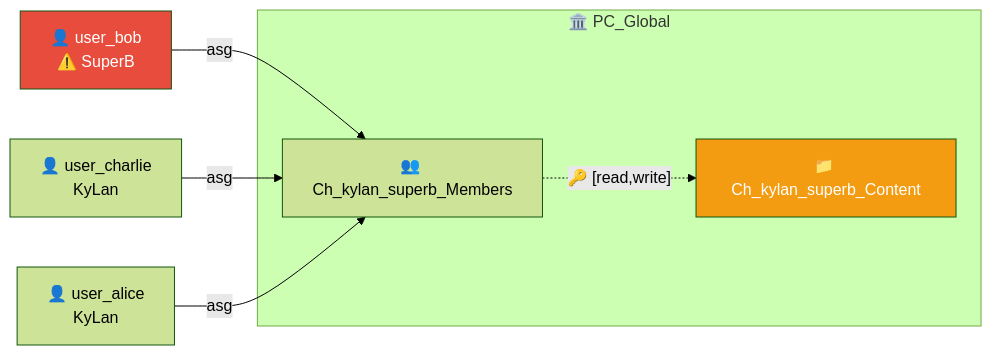
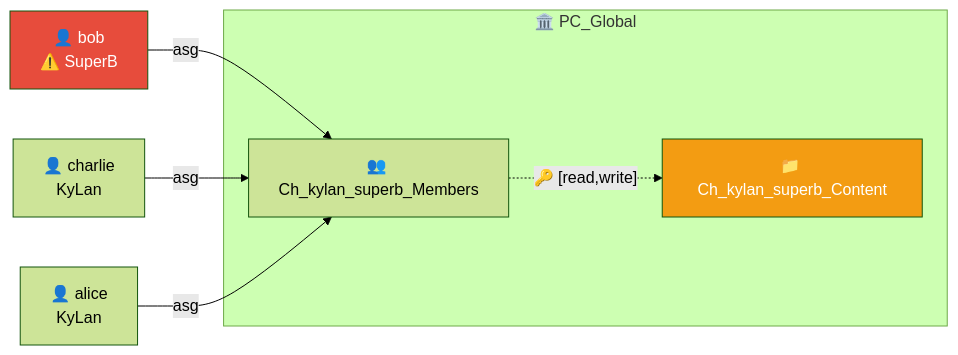
The fourth of 10 diagrams in raw/ngac/ngac_in_real_project/ngac-practical-guide.md (minhquan2904/llm-wiki), drawn with Mermaid (forest theme) before and after one commit. The commit also changed other lines of this file and 23 other files, not shown here.

````diff
--- a/raw/ngac/ngac_in_real_project/ngac-practical-guide.md
+++ b/raw/ngac/ngac_in_real_project/ngac-practical-guide.md
@@ -570,15 +570,15 @@
 ```mermaid
 graph LR
     subgraph pcg["🏛️ PC_Global"]
         CH_C["📁 Ch_kylan_superb_Content"]
         CH_M["👥 Ch_kylan_superb_Members"]
     end
 
-    user_bob["👤 user_bob\n⚠️ SuperB"] -->|asg| CH_M
-    user_charlie["👤 user_charlie\nKyLan"] -->|asg| CH_M
-    user_alice["👤 user_alice\nKyLan"] -->|asg| CH_M
+    bob["👤 bob\n⚠️ SuperB"] -->|asg| CH_M
+    charlie["👤 charlie\nKyLan"] -->|asg| CH_M
+    alice["👤 alice\nKyLan"] -->|asg| CH_M
     CH_M -.->|"🔑 [read,write]"| CH_C
 
-    style user_bob fill:#e74c3c,color:#fff
+    style bob fill:#e74c3c,color:#fff
     style CH_C fill:#f39c12,color:#fff
 ```
````
